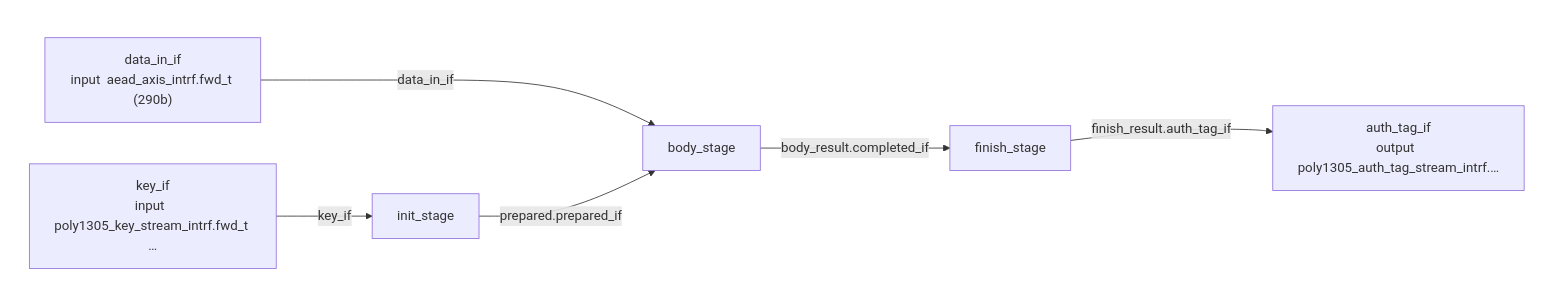
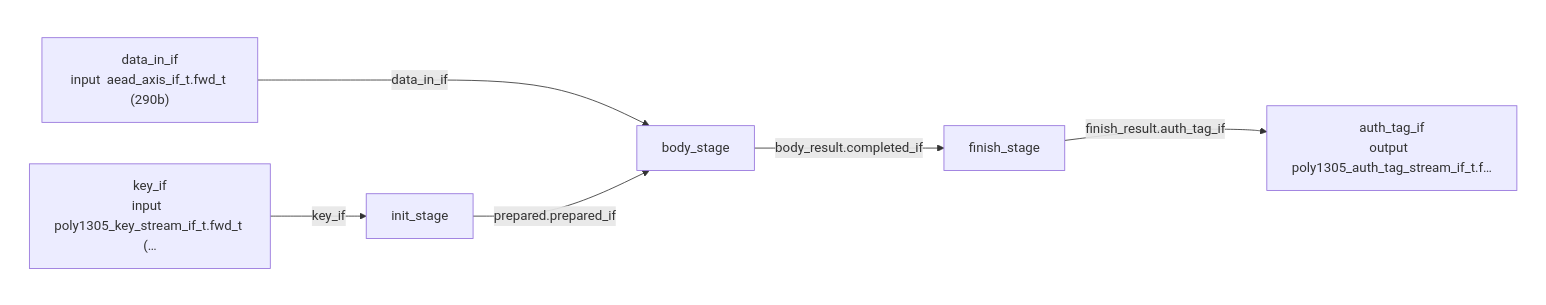
One commit to chili-chips/wireguard-fpga changed the fourth of 16 diagrams in 3.build/pypeline_build/src/poly1305/poly1305_design.md. Above: the diagram before and after it, drawn with Mermaid. The commit also changed other lines of this file and 31 other files, not shown here.

````diff
--- a/3.build/pypeline_build/src/poly1305/poly1305_design.md
+++ b/3.build/pypeline_build/src/poly1305/poly1305_design.md
@@ -304,21 +304,21 @@
 ```mermaid
 flowchart LR
     n3["body_stage"]
     n4["finish_stage"]
     n5["init_stage"]
     subgraph inputs[" "]
-        n0["data_in_if<br>input  aead_axis_intrf.fwd_t (290b)"]
-        n1["key_if<br>input  poly1305_key_stream_intrf.fwd_t …"]
+        n0["data_in_if<br>input  aead_axis_if_t.fwd_t (290b)"]
+        n1["key_if<br>input  poly1305_key_stream_if_t.fwd_t (…"]
     end
     style inputs fill:none,stroke:none
     subgraph outputs[" "]
-        n2["auth_tag_if<br>output  poly1305_auth_tag_stream_intrf.…"]
+        n2["auth_tag_if<br>output  poly1305_auth_tag_stream_if_t.f…"]
     end
     style outputs fill:none,stroke:none
     n0 -->|"data_in_if"| n3
     n1 -->|"key_if"| n5
     n3 -->|"body_result.completed_if"| n4
     n4 -->|"finish_result.auth_tag_if"| n2
     n5 -->|"prepared.prepared_if"| n3
     n4 ~~~ n2
 ```
````
